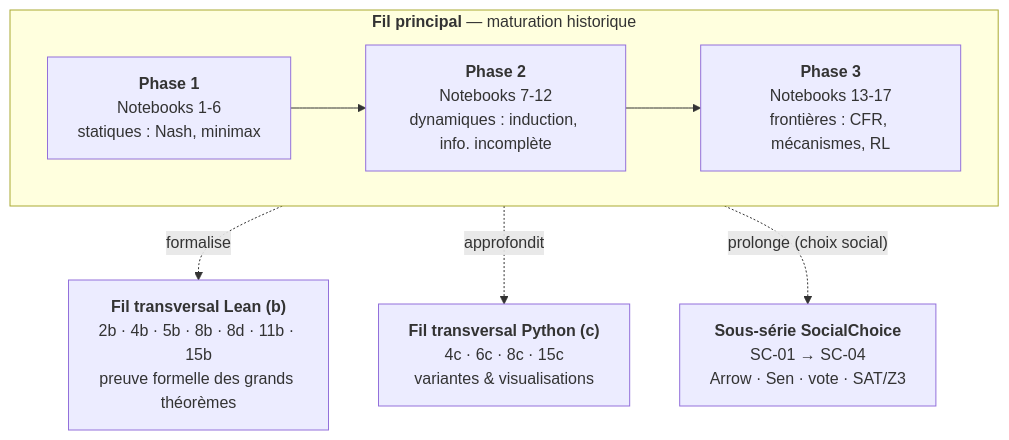
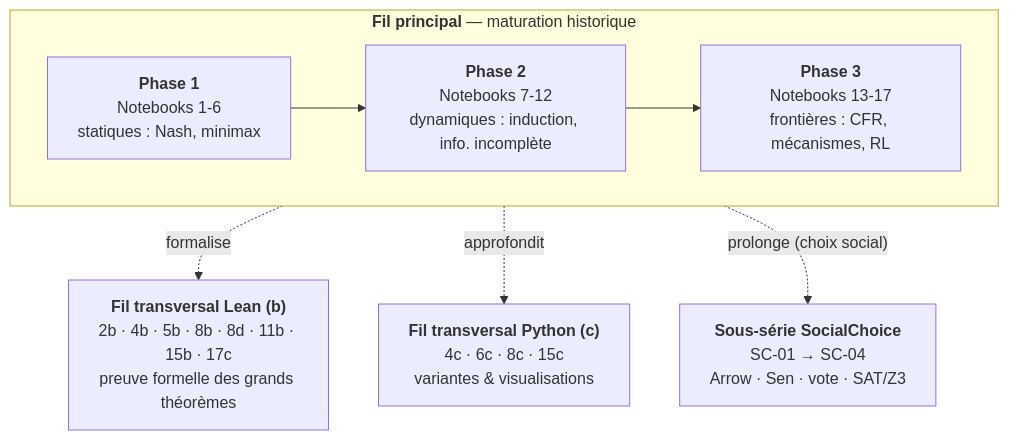
One commit to jsboige/CoursIA changed the first of 2 diagrams in MyIA.AI.Notebooks/GameTheory/README.md. Above: the diagram before and after it, drawn with Mermaid. The commit also changed other lines of this file and 3 other files, not shown here.

````diff
--- a/MyIA.AI.Notebooks/GameTheory/README.md
+++ b/MyIA.AI.Notebooks/GameTheory/README.md
@@ -189,16 +190,16 @@
 ```mermaid
 flowchart TD
     subgraph FIL["<b>Fil principal</b> — maturation historique"]
         direction LR
         P1["<b>Phase 1</b><br/>Notebooks 1-6<br/>statiques : Nash, minimax"]
         P2["<b>Phase 2</b><br/>Notebooks 7-12<br/>dynamiques : induction, info. incomplète"]
         P3["<b>Phase 3</b><br/>Notebooks 13-17<br/>frontières : CFR, mécanismes, RL"]
         P1 --> P2 --> P3
     end
-    LEAN["<b>Fil transversal Lean (b)</b><br/>2b · 4b · 5b · 8b · 8d · 11b · 15b<br/>preuve formelle des grands théorèmes"]
+    LEAN["<b>Fil transversal Lean (b)</b><br/>2b · 4b · 5b · 8b · 8d · 11b · 15b · 17c<br/>preuve formelle des grands théorèmes"]
     PYC["<b>Fil transversal Python (c)</b><br/>4c · 6c · 8c · 15c<br/>variantes &amp; visualisations"]
     SC["<b>Sous-série SocialChoice</b><br/>SC-01 → SC-04<br/>Arrow · Sen · vote · SAT/Z3"]
     FIL -.->|"formalise"| LEAN
     FIL -.->|"approfondit"| PYC
     FIL -.->|"prolonge (choix social)"| SC
 ```
````
